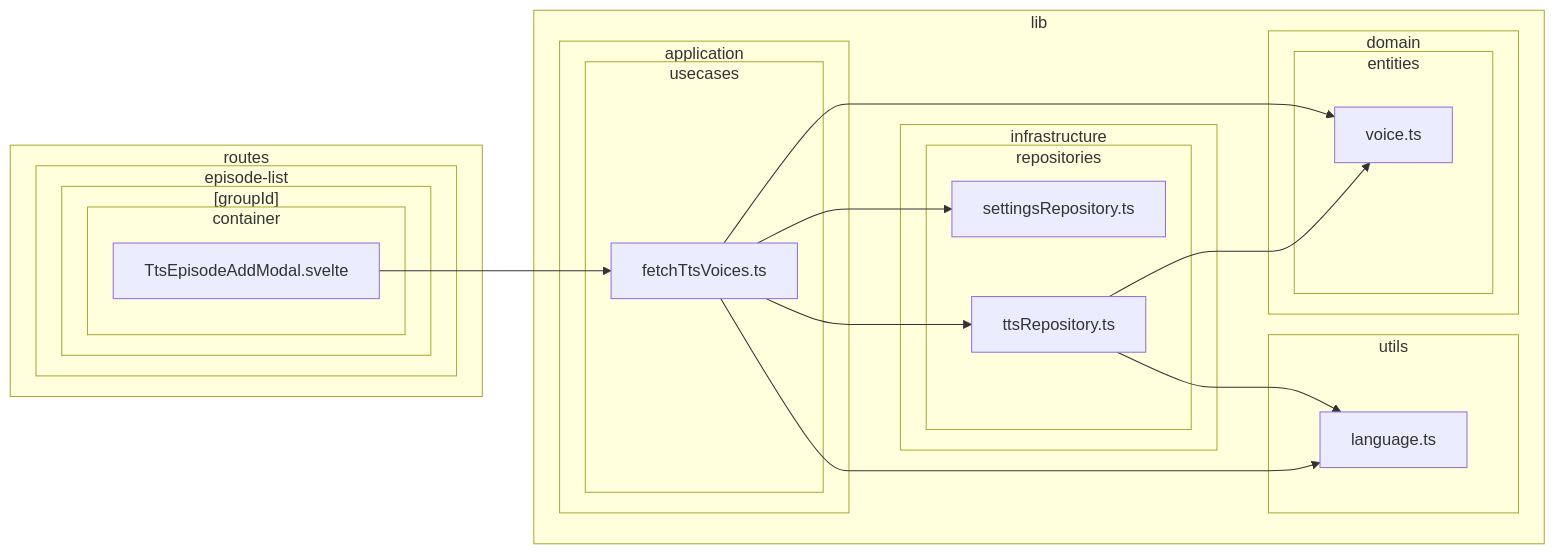
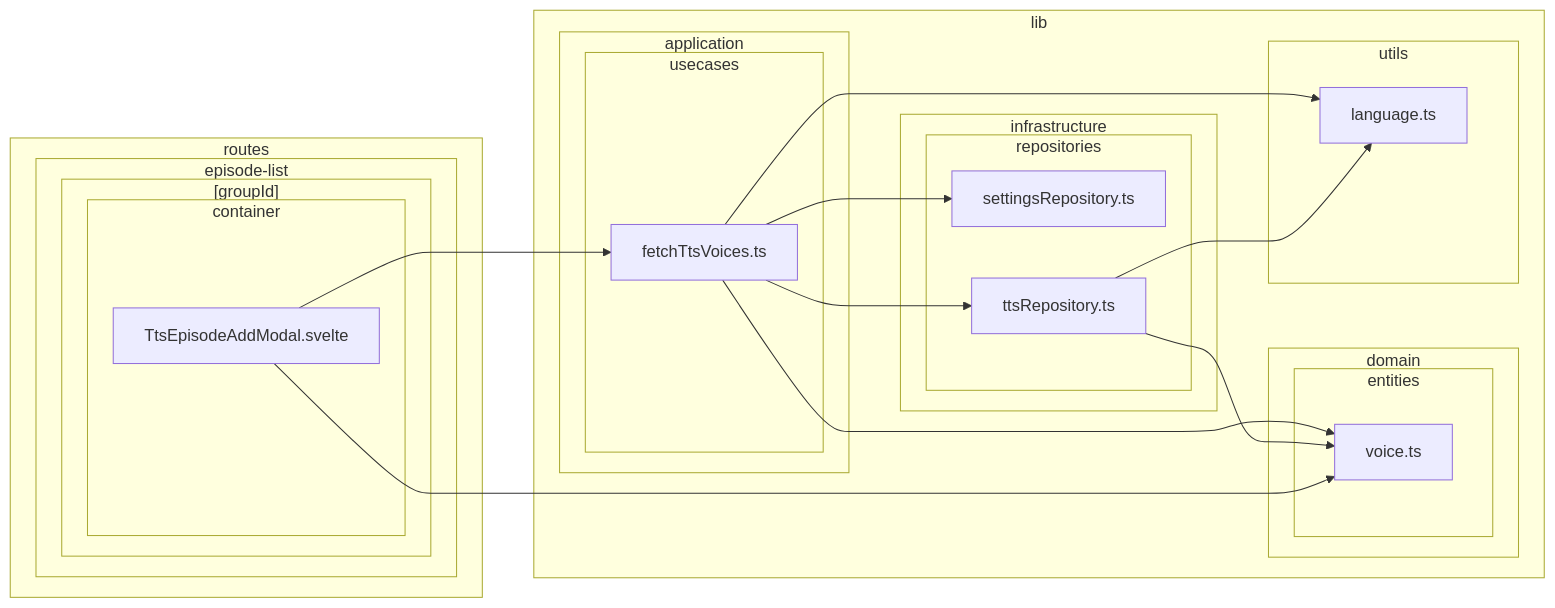
Before and after one commit to k5n/kotonoha: diagram 21 of 38 in doc/dependency-graph.md, drawn with Mermaid. The commit also changed other lines of this file and 4 other files, not shown here.

Commit message:
refactor: Enhance TTS model download functionality and update dependency graphs

````diff
--- a/doc/dependency-graph.md
+++ b/doc/dependency-graph.md
@@ -924,40 +920,41 @@
 ```mermaid
 graph LR
         subgraph sg_lib ["lib"]
             subgraph sg_lib_application ["application"]
                 subgraph sg_lib_application_usecases ["usecases"]
                     src_lib_application_usecases_fetchTtsVoices_ts["fetchTtsVoices.ts"]
                 end
             end
             subgraph sg_lib_domain ["domain"]
                 subgraph sg_lib_domain_entities ["entities"]
                     src_lib_domain_entities_voice_ts["voice.ts"]
                 end
             end
             subgraph sg_lib_infrastructure ["infrastructure"]
                 subgraph sg_lib_infrastructure_repositories ["repositories"]
                     src_lib_infrastructure_repositories_settingsRepository_ts["settingsRepository.ts"]
                     src_lib_infrastructure_repositories_ttsRepository_ts["ttsRepository.ts"]
                 end
             end
             subgraph sg_lib_utils ["utils"]
                 src_lib_utils_language_ts["language.ts"]
             end
         end
         subgraph sg_routes ["routes"]
             subgraph sg_routes_episode_list ["episode-list"]
                 subgraph sg_routes_episode_list__groupId_ ["[groupId]"]
                     subgraph sg_routes_episode_list__groupId__container ["container"]
                         src_routes_episode_list__groupId__container_TtsEpisodeAddModal_svelte["TtsEpisodeAddModal.svelte"]
                     end
                 end
             end
         end
     src_lib_application_usecases_fetchTtsVoices_ts --> src_lib_domain_entities_voice_ts
     src_lib_application_usecases_fetchTtsVoices_ts --> src_lib_infrastructure_repositories_settingsRepository_ts
     src_lib_application_usecases_fetchTtsVoices_ts --> src_lib_infrastructure_repositories_ttsRepository_ts
     src_lib_application_usecases_fetchTtsVoices_ts --> src_lib_utils_language_ts
     src_lib_infrastructure_repositories_ttsRepository_ts --> src_lib_domain_entities_voice_ts
     src_lib_infrastructure_repositories_ttsRepository_ts --> src_lib_utils_language_ts
     src_routes_episode_list__groupId__container_TtsEpisodeAddModal_svelte --> src_lib_application_usecases_fetchTtsVoices_ts
+    src_routes_episode_list__groupId__container_TtsEpisodeAddModal_svelte --> src_lib_domain_entities_voice_ts
 ```
````
